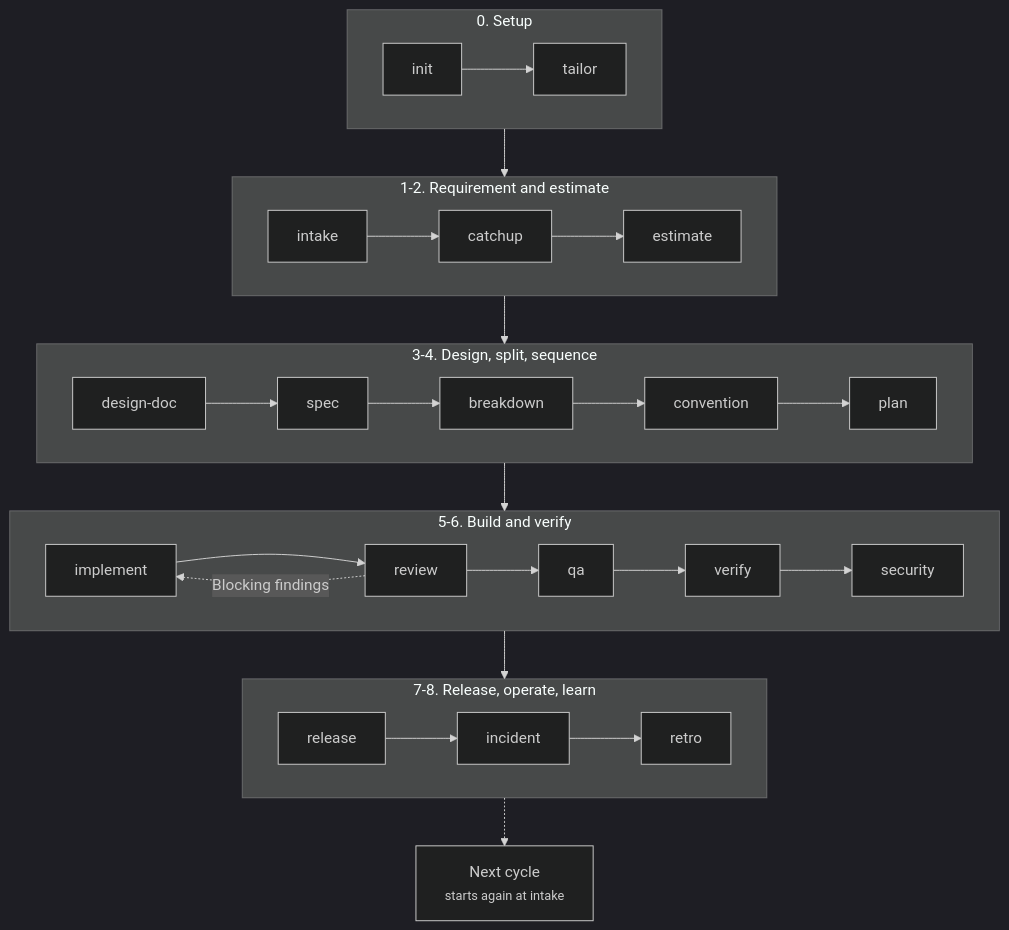
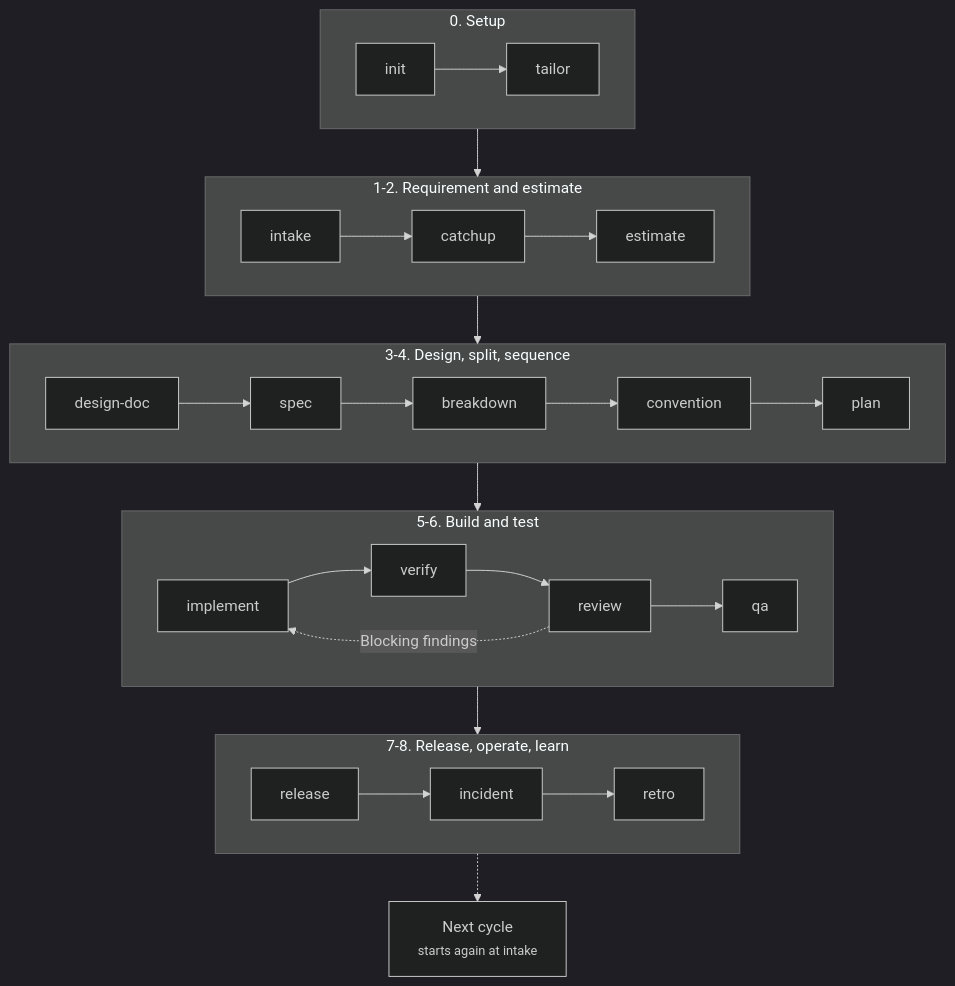
Before and after one commit to lamngockhuong/aiteamkit: the diagram in README.md, drawn with Mermaid (dark theme). The commit also changed other lines of this file and 24 other files, not shown here.

First line of the commit message:
feat(qa)!: rename --run to --record, move verify into the build phase, take security out of the cycle (#85)

````diff
--- a/README.md
+++ b/README.md
@@ -17,26 +17,26 @@
 ```mermaid
 flowchart TD
     subgraph L0["0. Setup"]
         direction LR
         I["init"] --> T["tailor"]
     end
     subgraph L1["1-2. Requirement and estimate"]
         direction LR
         IN["intake"] --> C["catchup"] --> E["estimate"]
     end
     subgraph L2["3-4. Design, split, sequence"]
         direction LR
         D["design-doc"] --> SP["spec"] --> B["breakdown"] --> CV["convention"] --> P["plan"]
     end
-    subgraph L3["5-6. Build and verify"]
+    subgraph L3["5-6. Build and test"]
         direction LR
-        IM["implement"] --> R["review"] --> Q["qa"] --> V["verify"] --> S["security"]
+        IM["implement"] --> V["verify"] --> R["review"] --> Q["qa"]
         R -.->|Blocking findings| IM
     end
     subgraph L4["7-8. Release, operate, learn"]
         direction LR
         RL["release"] --> IC["incident"] --> RT["retro"]
     end
     L0 --> L1 --> L2 --> L3 --> L4
     L4 -.-> NC["Next cycle<br/><small>starts again at intake</small>"]
 ```
````
